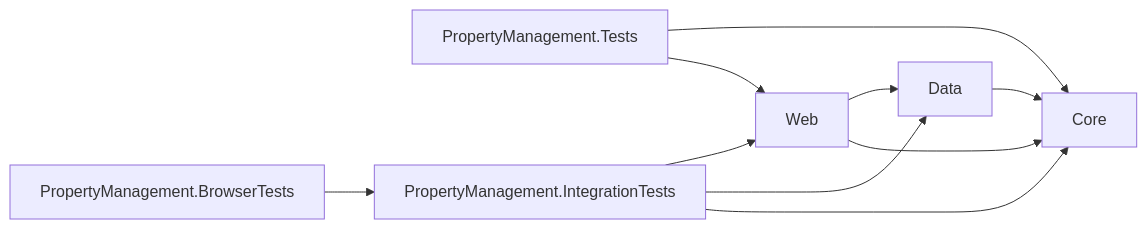
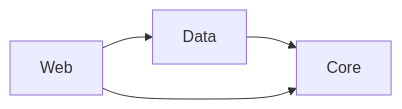
The first of 2 diagrams in docs/architecture.md (Cevans555/PropertyManagementCompany), drawn with Mermaid before and after one commit. The commit also changed other lines of this file and 19 other files, not shown here.

````diff
--- a/docs/architecture.md
+++ b/docs/architecture.md
@@ -11,12 +13,5 @@
 ```mermaid
 flowchart LR
-    Web --> Data
+    Web --> Data --> Core
     Web --> Core
-    Data --> Core
-    Tests[PropertyManagement.Tests] --> Core
-    Tests --> Web
-    Integration[PropertyManagement.IntegrationTests] --> Web
-    Integration --> Data
-    Integration --> Core
-    Browser[PropertyManagement.BrowserTests] --> Integration
 ```
````
